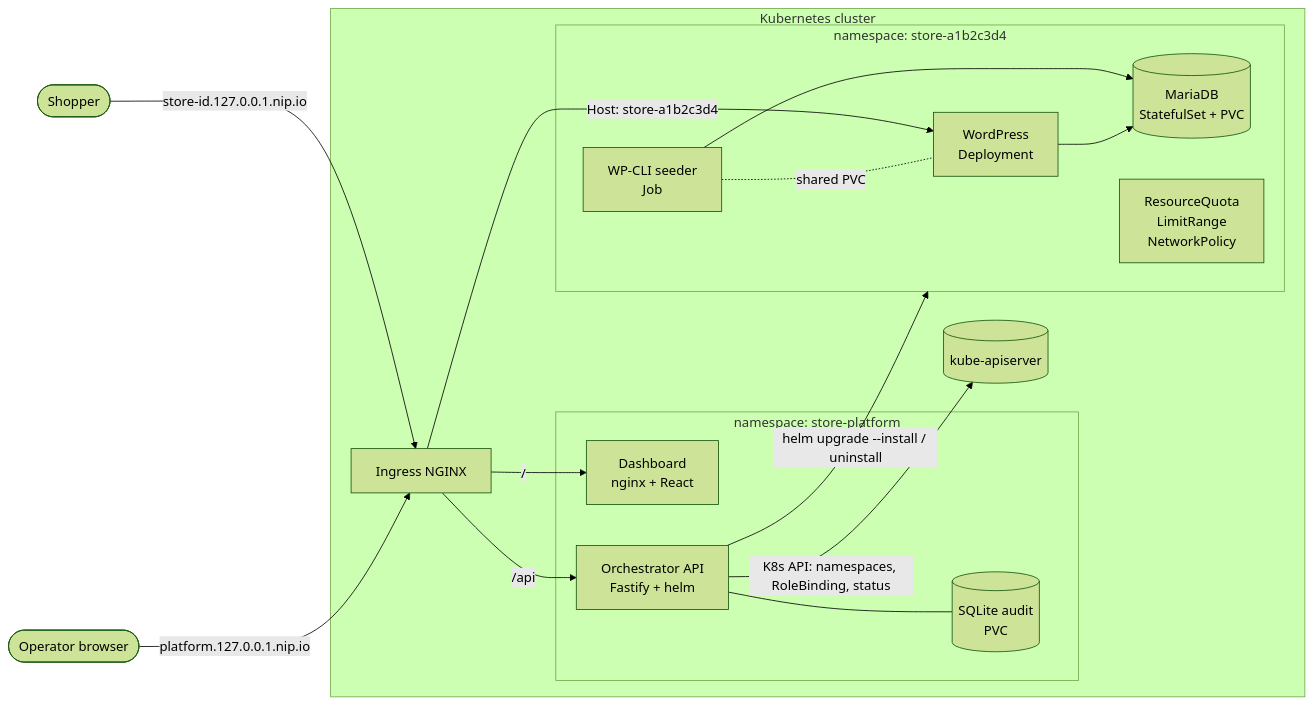
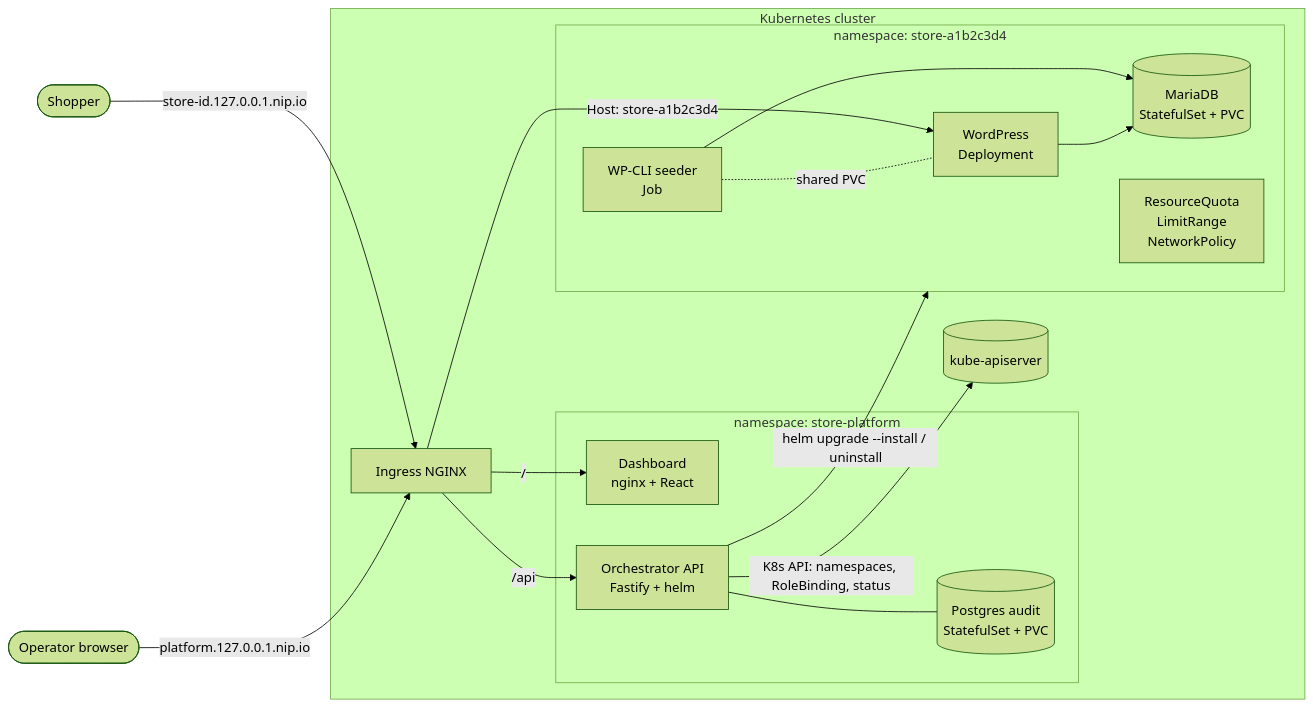
One commit to geekyhead/Urumi-system-design changed the first of 2 diagrams in SYSTEM_DESIGN.md. Above: the diagram before and after it, drawn with Mermaid (forest theme). The commit also changed other lines of this file, not shown here.

Commit message:
docs: describe Postgres audit log and rolling API upgrades in system design

````diff
--- a/SYSTEM_DESIGN.md
+++ b/SYSTEM_DESIGN.md
@@ -12,32 +12,32 @@
 ```mermaid
 flowchart LR
   user([Operator browser]) -->|platform.127.0.0.1.nip.io| ing
   shopper([Shopper]) -->|store-id.127.0.0.1.nip.io| ing
 
   subgraph cluster[Kubernetes cluster]
     ing[Ingress NGINX]
 
     subgraph platform[namespace: store-platform]
       dash[Dashboard<br/>nginx + React]
       api[Orchestrator API<br/>Fastify + helm]
-      db[(SQLite audit<br/>PVC)]
+      db[(Postgres audit<br/>StatefulSet + PVC)]
       api --- db
     end
 
     subgraph store1[namespace: store-a1b2c3d4]
       wp[WordPress<br/>Deployment]
       maria[(MariaDB<br/>StatefulSet + PVC)]
       seed[WP-CLI seeder<br/>Job]
       guard[ResourceQuota<br/>LimitRange<br/>NetworkPolicy]
       wp --> maria
       seed --> maria
       seed -. shared PVC .- wp
     end
 
     ing -->|/| dash
     ing -->|/api| api
     ing -->|Host: store-a1b2c3d4| wp
     api -->|K8s API: namespaces, RoleBinding, status| k8s[(kube-apiserver)]
     api -->|helm upgrade --install / uninstall| store1
   end
 ```
````
